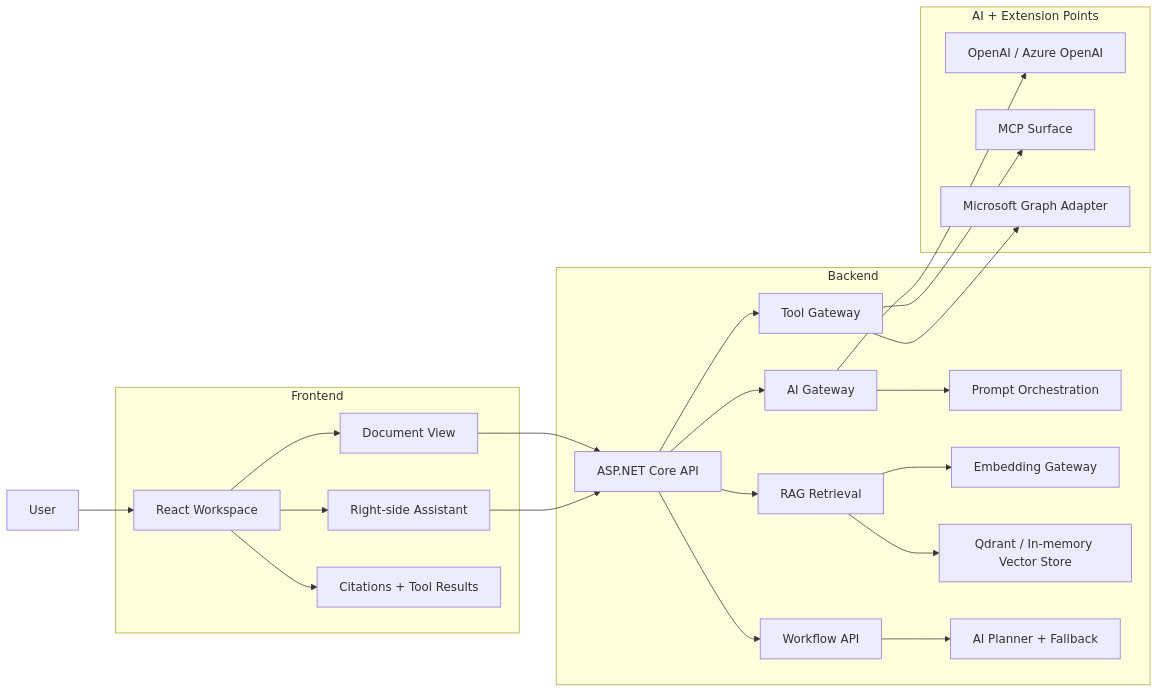
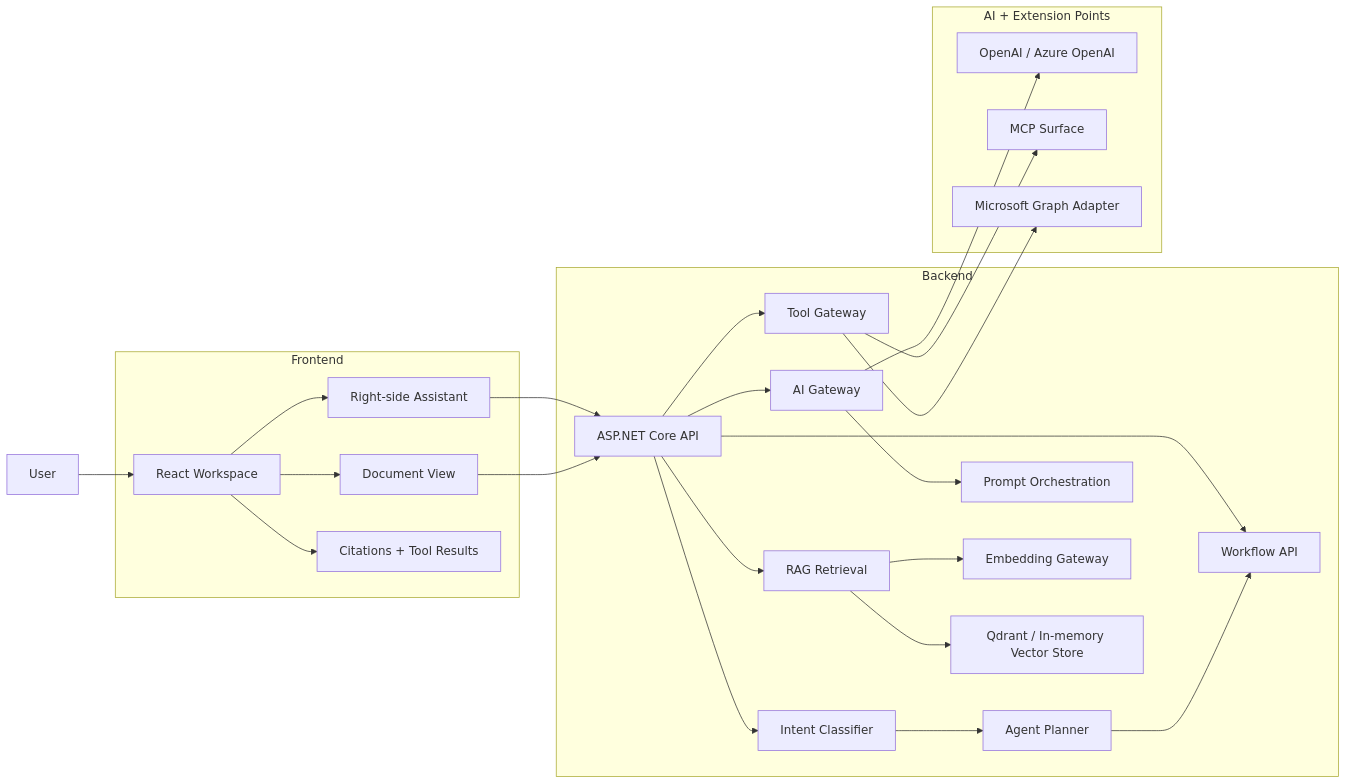
Before and after one commit to haoyucheng369-gif/enterprise-ai-document-assistant: the first of 2 diagrams in README.md, drawn with Mermaid. The commit also changed other lines of this file and 25 other files, not shown here.

````diff
--- a/README.md
+++ b/README.md
@@ -11,30 +11,32 @@
 ```mermaid
 flowchart LR
     user[User] --> ui[React Workspace]
 
     subgraph frontend[Frontend]
         ui --> docs[Document View]
         ui --> assistant[Right-side Assistant]
         ui --> panels[Citations + Tool Results]
     end
 
     assistant --> api[ASP.NET Core API]
     docs --> api
 
     subgraph backend[Backend]
         api --> gateway[AI Gateway]
         api --> tools[Tool Gateway]
         api --> workflows[Workflow API]
+        api --> intent[Intent Classifier]
+        intent --> planner[Agent Planner]
+        planner --> workflows
         gateway --> prompts[Prompt Orchestration]
         api --> rag[RAG Retrieval]
         rag --> embeddings[Embedding Gateway]
         rag --> vectors[Qdrant / In-memory Vector Store]
-        workflows --> planner[AI Planner + Fallback]
     end
 
     subgraph ai[AI + Extension Points]
         gateway --> models[OpenAI / Azure OpenAI]
         tools --> mcp[MCP Surface]
         tools --> msgraph[Microsoft Graph Adapter]
     end
 ```
````
